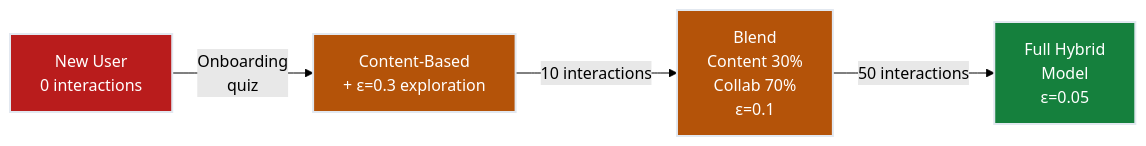
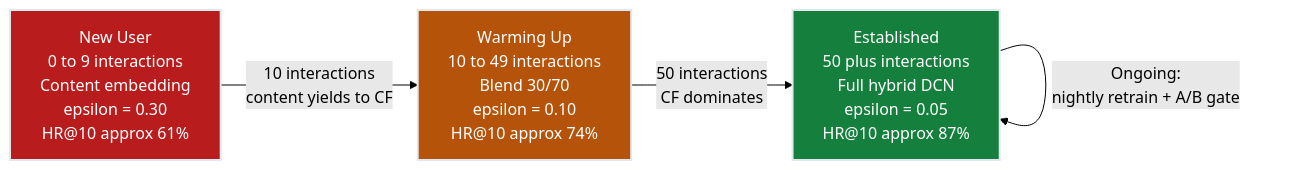
One commit to deepakshamsft/ai-portfolio changed the second of 4 diagrams in notes/01-ml/04_recommender_systems/ch06_cold_start_production/README.md. Above: the diagram before and after it, drawn with Mermaid (forest theme). The commit also changed other lines of this file and 727 other files, not shown here.

````diff
--- a/notes/01-ml/04_recommender_systems/ch06_cold_start_production/README.md
+++ b/notes/01-ml/04_recommender_systems/ch06_cold_start_production/README.md
@@ -389,11 +467,14 @@
 ```mermaid
 flowchart LR
-    NEW["New User<br/>0 interactions"] -->|"Onboarding<br/>quiz"| CONTENT["Content-Based<br/>+ ε=0.3 exploration"]
-    CONTENT -->|"10 interactions"| BLEND["Blend<br/>Content 30%<br/>Collab 70%<br/>ε=0.1"]
-    BLEND -->|"50 interactions"| FULL["Full Hybrid<br/>Model<br/>ε=0.05"]
-    
+    NEW["New User<br/>0 to 9 interactions<br/>Content embedding<br/>epsilon = 0.30<br/>HR@10 approx 61%"]
+    WARM["Warming Up<br/>10 to 49 interactions<br/>Blend 30/70<br/>epsilon = 0.10<br/>HR@10 approx 74%"]
+    HOT["Established<br/>50 plus interactions<br/>Full hybrid DCN<br/>epsilon = 0.05<br/>HR@10 approx 87%"]
+
+    NEW -->|"10 interactions<br/>content yields to CF"| WARM
+    WARM -->|"50 interactions<br/>CF dominates"| HOT
+    HOT -->|"Ongoing:<br/>nightly retrain + A/B gate"| HOT
+
     style NEW fill:#b91c1c,stroke:#e2e8f0,stroke-width:2px,color:#ffffff
-    style CONTENT fill:#b45309,stroke:#e2e8f0,stroke-width:2px,color:#ffffff
-    style BLEND fill:#b45309,stroke:#e2e8f0,stroke-width:2px,color:#ffffff
-    style FULL fill:#15803d,stroke:#e2e8f0,stroke-width:2px,color:#ffffff
+    style WARM fill:#b45309,stroke:#e2e8f0,stroke-width:2px,color:#ffffff
+    style HOT fill:#15803d,stroke:#e2e8f0,stroke-width:2px,color:#ffffff
 ```
````
